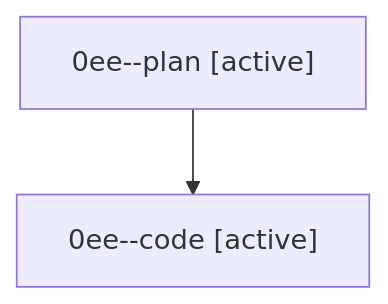
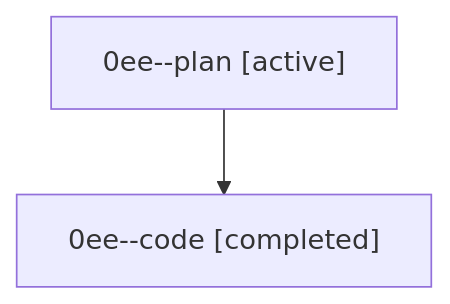
One commit to sase-org/sase--agents changed the diagram in families/bbugyi200.athena.0ee.md. Above: the diagram before and after it, drawn with Mermaid. The commit also changed other lines of this file and 35830 other files, not shown here.

````diff
--- a/families/bbugyi200.athena.0ee.md
+++ b/families/bbugyi200.athena.0ee.md
@@ -9,6 +9,6 @@
 ```mermaid
 flowchart TD
   n0["0ee--plan [active]"]
-  n1["0ee--code [active]"]
+  n1["0ee--code [completed]"]
   n0 --> n1
 ```
````
